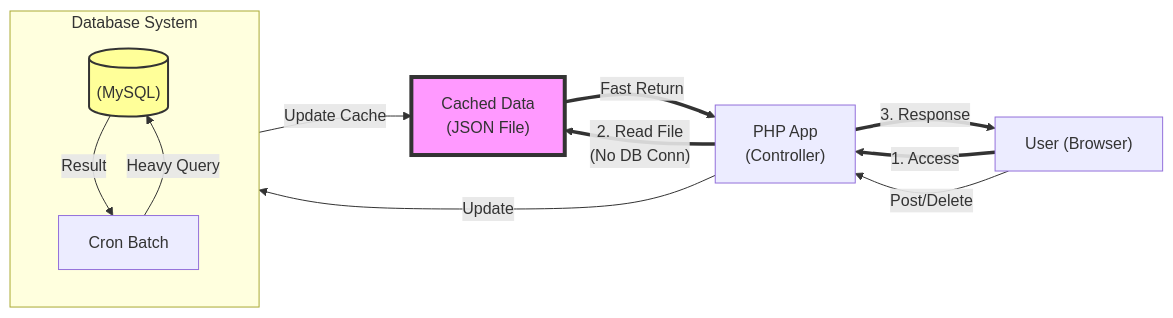
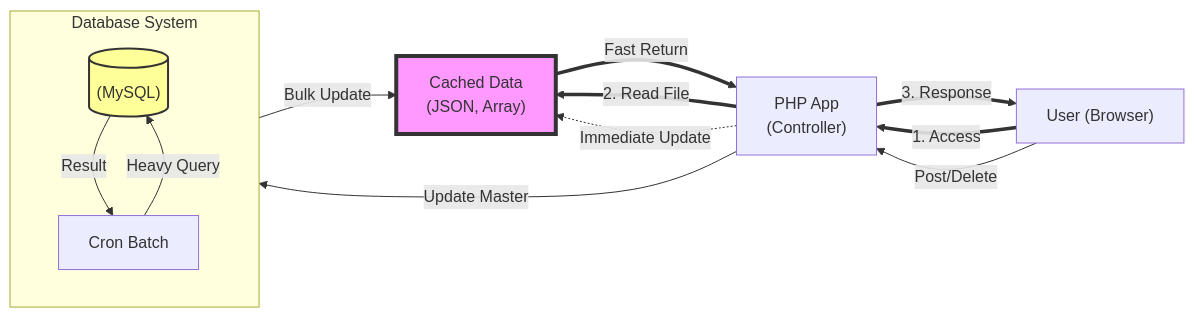
One commit to mf1005/mf1005 changed the first of 2 diagrams in README.md. Above: the diagram before and after it, drawn with Mermaid. The commit also changed other lines of this file, not shown here.

````diff
--- a/README.md
+++ b/README.md
@@ -37,31 +37,32 @@
 ```mermaid
 graph LR
  %% ノード定義
  User["User (Browser)"]
  App["PHP App<br>(Controller)"]
- Cache["Cached Data<br>(JSON File)"]
+ Cache["Cached Data<br>(JSON, Array)"]
  
  subgraph Storage ["Database System"]
  direction TB
  DB[("(MySQL)")]
  Cron["Cron Batch"]
  end
 
  %% 1. 読み込み (Read)
  User == "1. Access" ==> App
- App == "2. Read File<br>(No DB Conn)" ==> Cache
+ App == "2. Read File" ==> Cache
  Cache == "Fast Return" ==> App
  App == "3. Response" ==> User
 
- %% 2. 書き込み (Write)
+ %% 2. 書き込み (Write) - ここを修正
  User -- "Post/Delete" --> App
- App -- "Update" --> DB
+ App -- "Update Master" --> DB
+ App -.-> |"Immediate Update"| Cache
 
  %% 3. バッチ (Batch)
  Cron -- "Heavy Query" --> DB
  DB -- "Result" --> Cron
- Cron -- "Update Cache" --> Cache
+ Cron -- "Bulk Update" --> Cache
 
  style Cache fill:#f9f,stroke:#333,stroke-width:4px
  style DB fill:#ff9,stroke:#333,stroke-width:2px
 ```
````
